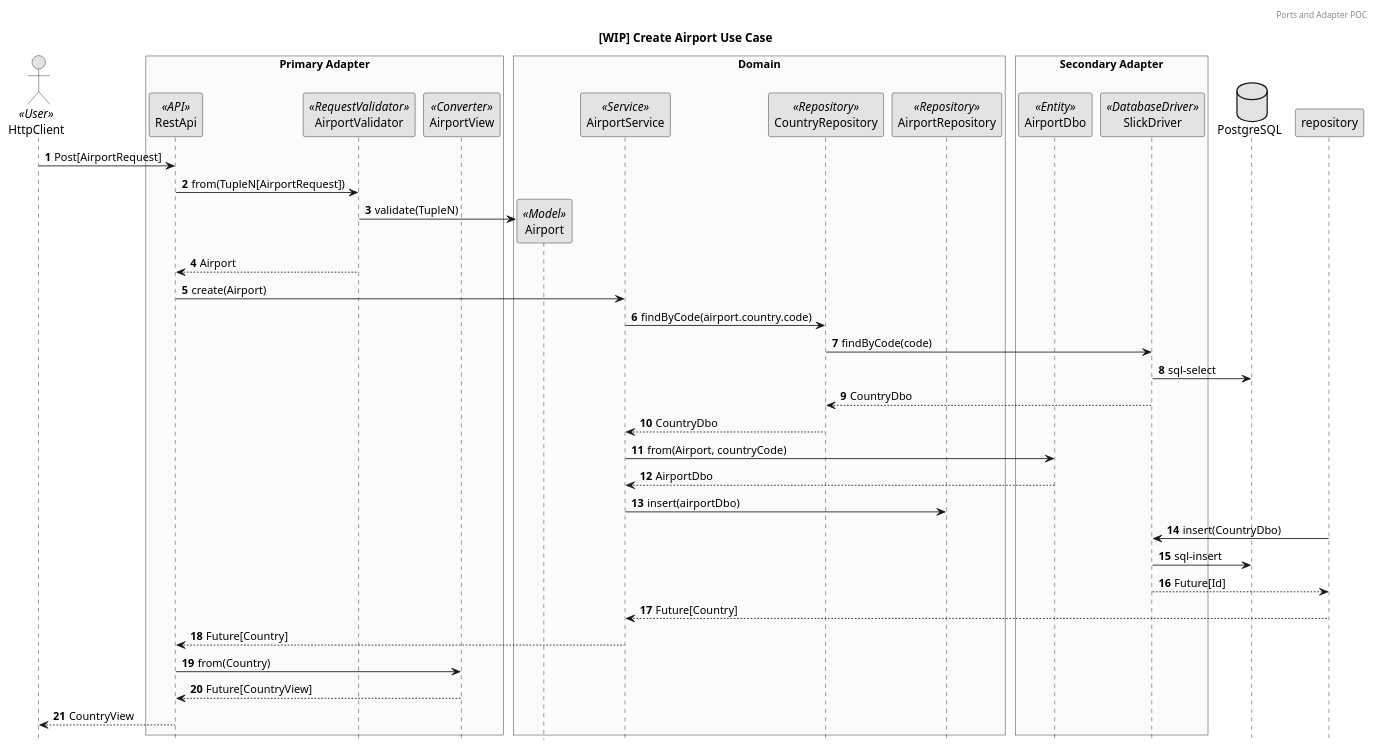
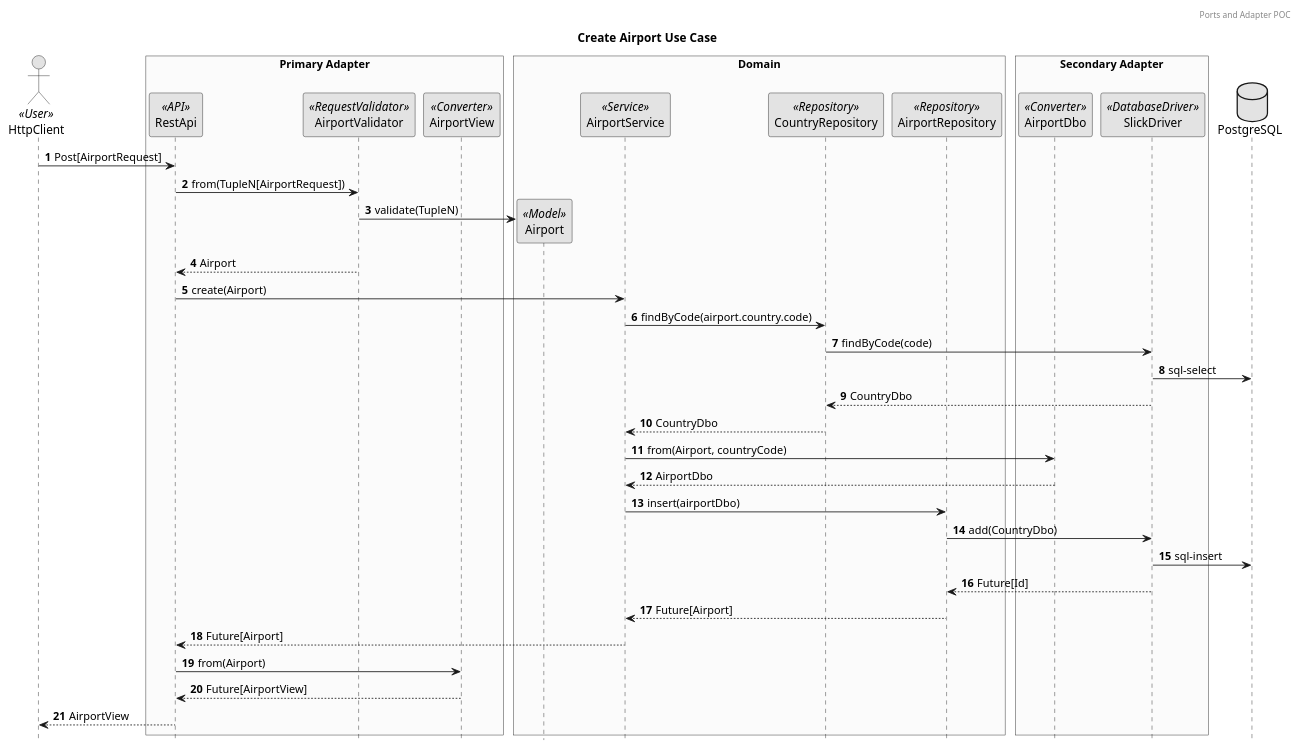
Before and after one commit to butcherless/incubator: the diagram in hexagonal/docs/create-airport.puml, drawn with PlantUML. The commit also changed 4 other files, not shown here.

```diff
--- a/hexagonal/docs/create-airport.puml
+++ b/hexagonal/docs/create-airport.puml
@@ -1,50 +1,50 @@
 @startuml
 skinparam monochrome true
 skinparam BoxPadding 5
 header Ports and Adapter POC
-title [WIP] Create Airport Use Case
+title Create Airport Use Case
 
 hide footbox
 actor HttpClient as user << User >>
 
 box "Primary Adapter" #FBFBFB
 participant "RestApi" as api << API >>
 participant "AirportValidator" as validator << RequestValidator >>
 participant "AirportView" as view << Converter >>
 end box
 box "Domain" #FBFBFB
 participant "Airport" as airport << Model >>
 participant "AirportService" as service << Service >>
 participant "CountryRepository" as countryRepo << Repository >>
 participant "AirportRepository" as airportRepo << Repository >>
 end box
 box "Secondary Adapter" #FBFBFB
-participant "AirportDbo" as dbo << Entity >>
+participant "AirportDbo" as dbo << Converter >>
 participant "SlickDriver" as db << DatabaseDriver >>
 end box
 
 database PostgreSQL as pgdb
 
 autonumber
 user -> api: Post[AirportRequest]
 api -> validator : from(TupleN[AirportRequest])
 validator -> airport ** : validate(TupleN)
 validator --> api: Airport
 api -> service: create(Airport)
 service -> countryRepo : findByCode(airport.country.code)
 countryRepo -> db: findByCode(code)
 db -> pgdb : sql-select
 db --> countryRepo: CountryDbo
 countryRepo --> service: CountryDbo
 service -> dbo: from(Airport, countryCode)
 dbo --> service: AirportDbo
 service -> airportRepo: insert(airportDbo)
-repository -> db : insert(CountryDbo)
+airportRepo -> db : add(CountryDbo)
 db -> pgdb : sql-insert
-db --> repository : Future[Id]
-repository --> service : Future[Country]
-service --> api : Future[Country]
-api -> view : from(Country)
-view --> api : Future[CountryView]
-api --> user : CountryView
+db --> airportRepo : Future[Id]
+airportRepo --> service : Future[Airport]
+service --> api : Future[Airport]
+api -> view : from(Airport)
+view --> api : Future[AirportView]
+api --> user : AirportView
 @enduml
```
